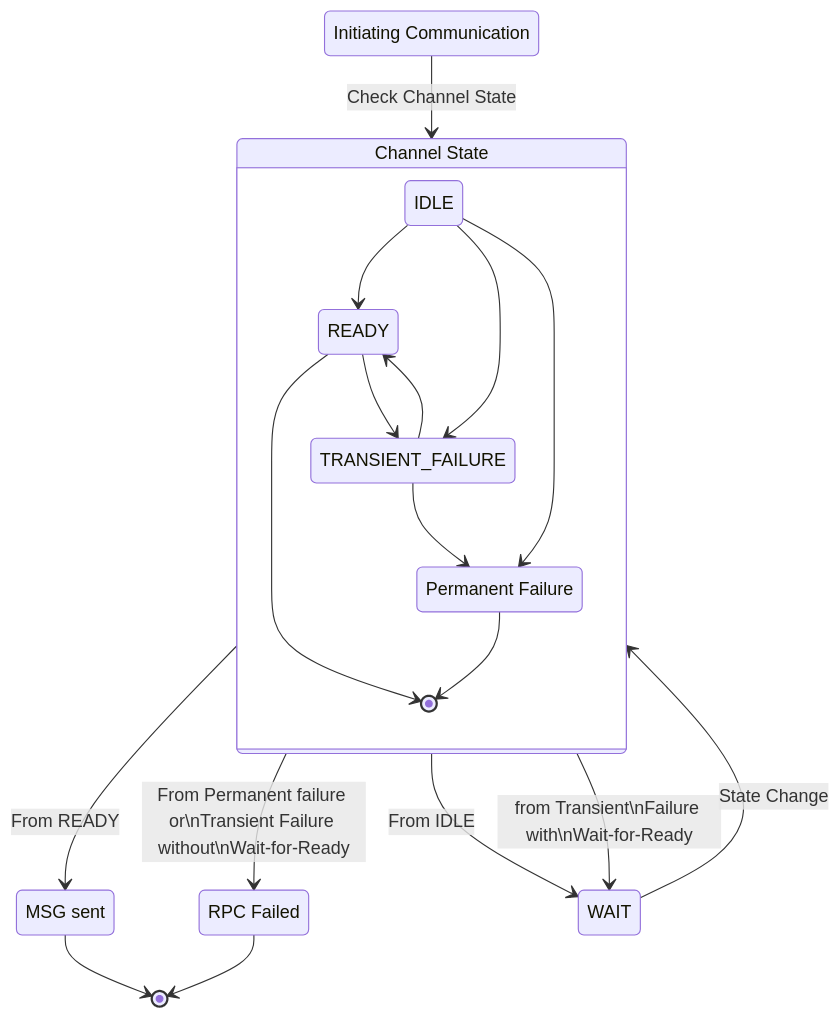
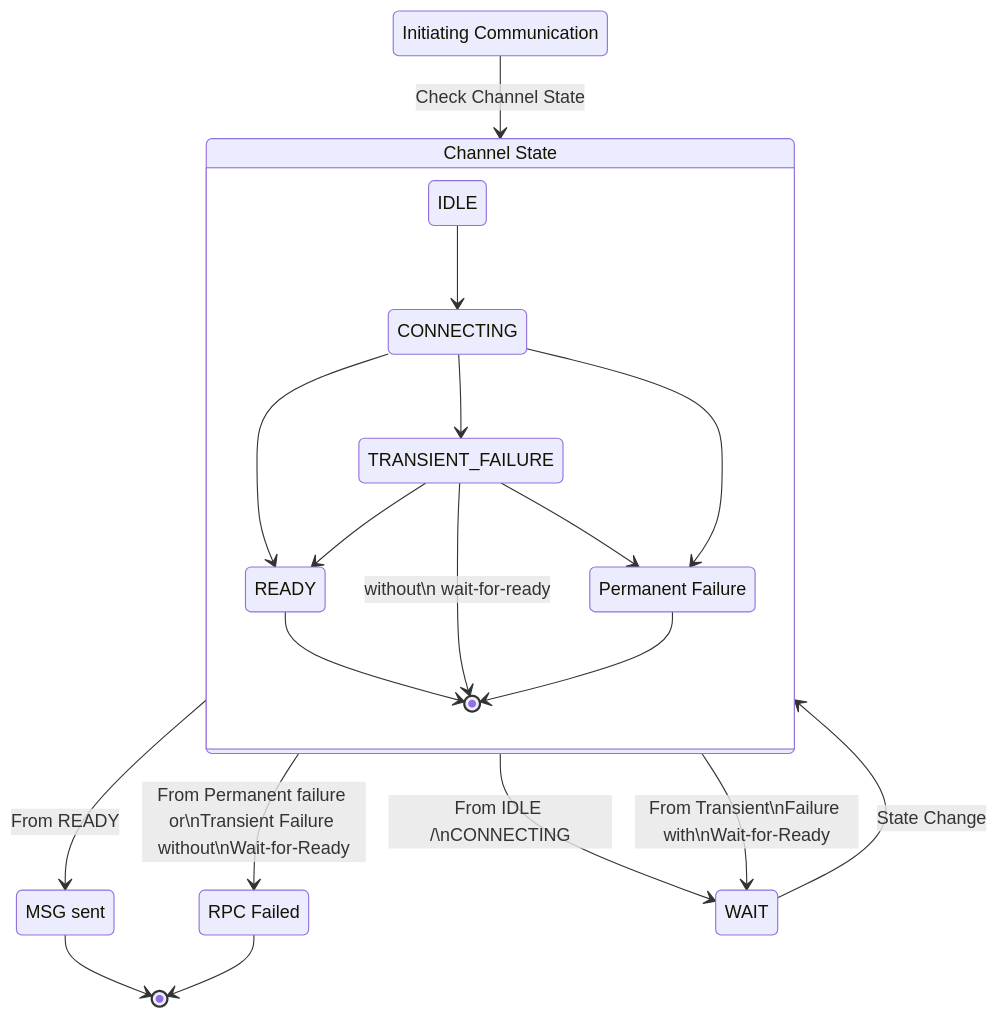
One commit to grpc/grpc.io changed the second of 2 diagrams in content/en/docs/guides/wait-for-ready.md. Above: the diagram before and after it, drawn with Mermaid. The commit also changed other lines of this file, not shown here.

````diff
--- a/content/en/docs/guides/wait-for-ready.md
+++ b/content/en/docs/guides/wait-for-ready.md
@@ -58,28 +60,28 @@
 ```mermaid
 stateDiagram-v2
    state "Initiating Communication" as IC
    state "Channel State" as CS
    IC-->CS: Check Channel State
    state CS {
       state "Permanent Failure" as PF
       state "TRANSIENT_FAILURE" as TF
-      IDLE-->READY
-      IDLE-->TF
+      IDLE --> CONNECTING
+      CONNECTING --> READY
       READY-->[*]
-      IDLE-->PF
+      CONNECTING-->TF
+      CONNECTING-->PF
       TF-->READY
-      READY-->TF
+      TF -->[*]: without\n wait-for-ready
       TF-->PF
       PF-->[*]
    }
   state "MSG sent" as MS
   state "RPC Failed" as RF
-  CS-->WAIT:From IDLE
-  CS-->WAIT:from Transient\nFailure with\nWait-for-Ready
+  CS-->WAIT:From IDLE /\nCONNECTING
+  CS-->WAIT:From Transient\nFailure with\nWait-for-Ready
   WAIT-->CS:State Change 
   CS-->MS: From READY
   CS-->RF: From Permanent failure or\nTransient Failure without\nWait-for-Ready
   MS-->[*]
   RF-->[*]
-
 ```
````
